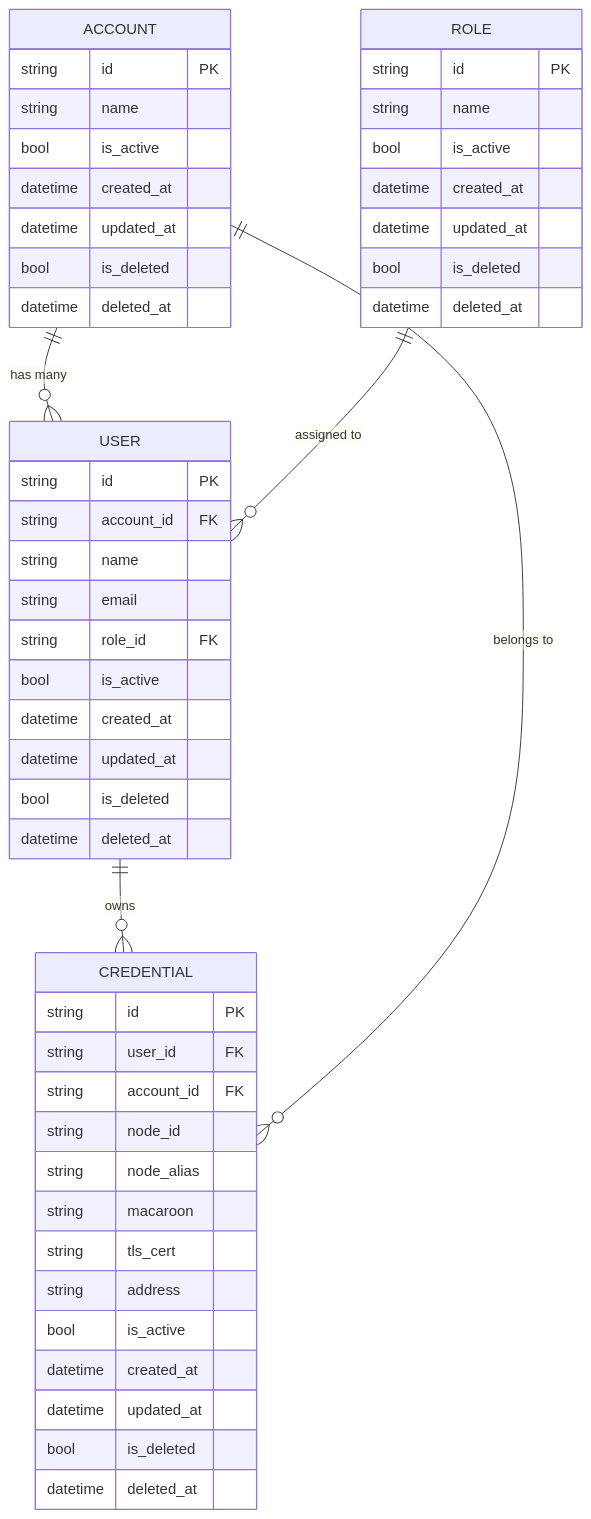
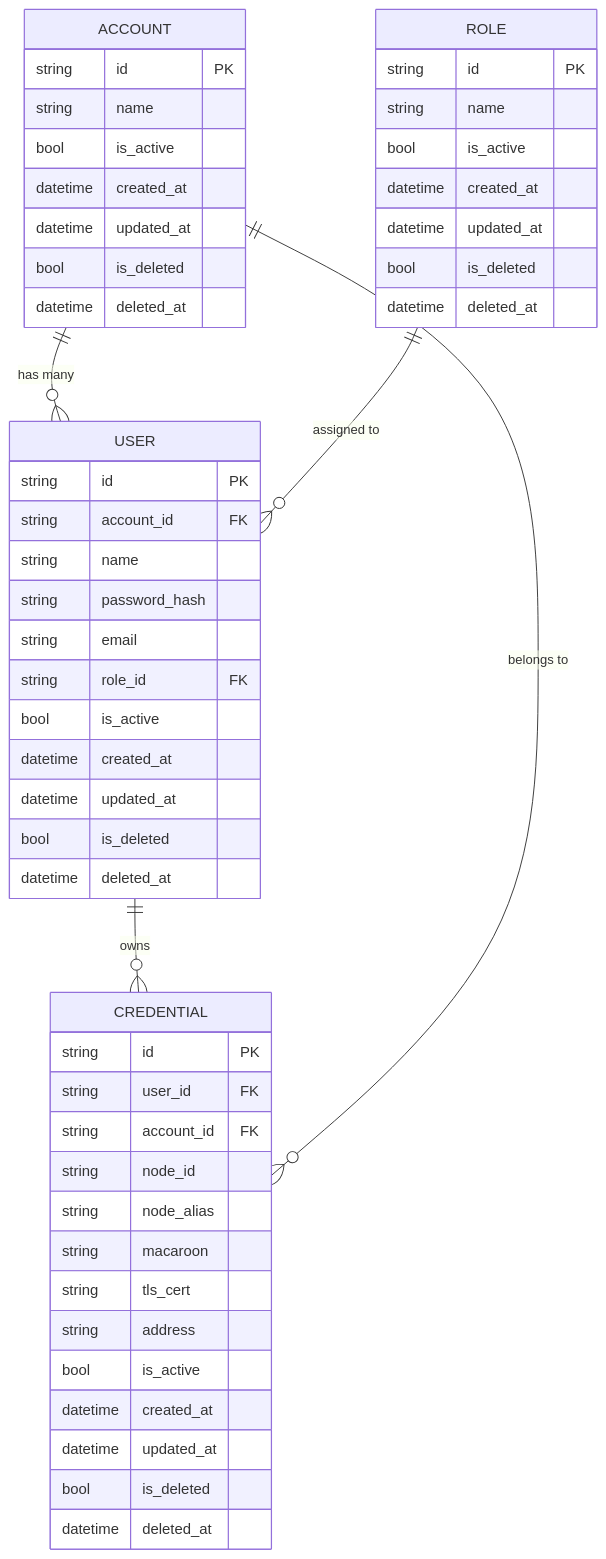
One commit to GideonBature/nodegaze changed the diagram in backend/src/database/docs/database-schema.md. Above: the diagram before and after it, drawn with Mermaid. The commit also changed 8 other files, not shown here.

Commit message:
add user's password and hash

````diff
--- a/backend/src/database/docs/database-schema.md
+++ b/backend/src/database/docs/database-schema.md
@@ -7,56 +7,57 @@
 ```mermaid
 erDiagram
     ACCOUNT {
         string id PK
         string name
         bool is_active
         datetime created_at
         datetime updated_at
         bool is_deleted
         datetime deleted_at
     }
     
     USER {
         string id PK
         string account_id FK
         string name
+        string password_hash
         string email
         string role_id FK
         bool is_active
         datetime created_at
         datetime updated_at
         bool is_deleted
         datetime deleted_at
     }
     
     ROLE {
         string id PK
         string name
         bool is_active
         datetime created_at
         datetime updated_at
         bool is_deleted
         datetime deleted_at
     }
     
     CREDENTIAL {
         string id PK
         string user_id FK
         string account_id FK
         string node_id
         string node_alias
         string macaroon
         string tls_cert
         string address
         bool is_active
         datetime created_at
         datetime updated_at
         bool is_deleted
         datetime deleted_at
     }
     
     ACCOUNT ||--o{ USER : "has many"
     ROLE ||--o{ USER : "assigned to"
     USER ||--o{ CREDENTIAL : "owns"
     ACCOUNT ||--o{ CREDENTIAL : "belongs to"
 ```
````
